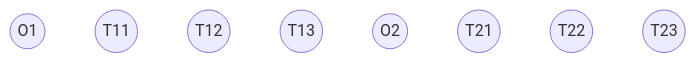
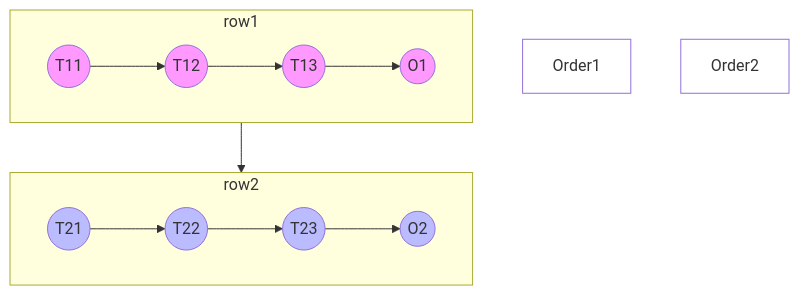
One commit to zen-xu/obsidian changed the second of 2 diagrams in 100 Notes/金融量化/交易所业务/SH L2 Order & Trade 关系.md. Above: the diagram before and after it, drawn with Mermaid. The commit also changed other lines of this file, not shown here.

Commit message:
vault backup: 2025-09-28 11:52:34

````diff
--- a/100 Notes/金融量化/交易所业务/SH L2 Order & Trade 关系.md
+++ b/100 Notes/金融量化/交易所业务/SH L2 Order & Trade 关系.md
@@ -33,12 +37,30 @@
 ```mermaid
 flowchart TD
   O1@{ shape: circle }
   T11@{ shape: circle }
   T12@{ shape: circle }
   T13@{ shape: circle }
   O2@{ shape: circle }
   T21@{ shape: circle }
   T22@{ shape: circle }
   T23@{ shape: circle }
   
+  subgraph row1
+	  direction LR
+	  T11 --> T12 --> T13 --> O1
+  end
+
+  subgraph row2
+	  direction LR
+	  T21 --> T22 --> T23 --> O2
+  end
+  O1 --> T21
+  
+  style Order1 fill:None;
+  style Order2 fill:None;
+  
+  classDef order1 fill:#f9f;
+  classDef order2 fill:#bbf;
+  class O1,T11,T12,T13 order1;
+  class O2,T21,T22,T23 order2;
 ```
````
